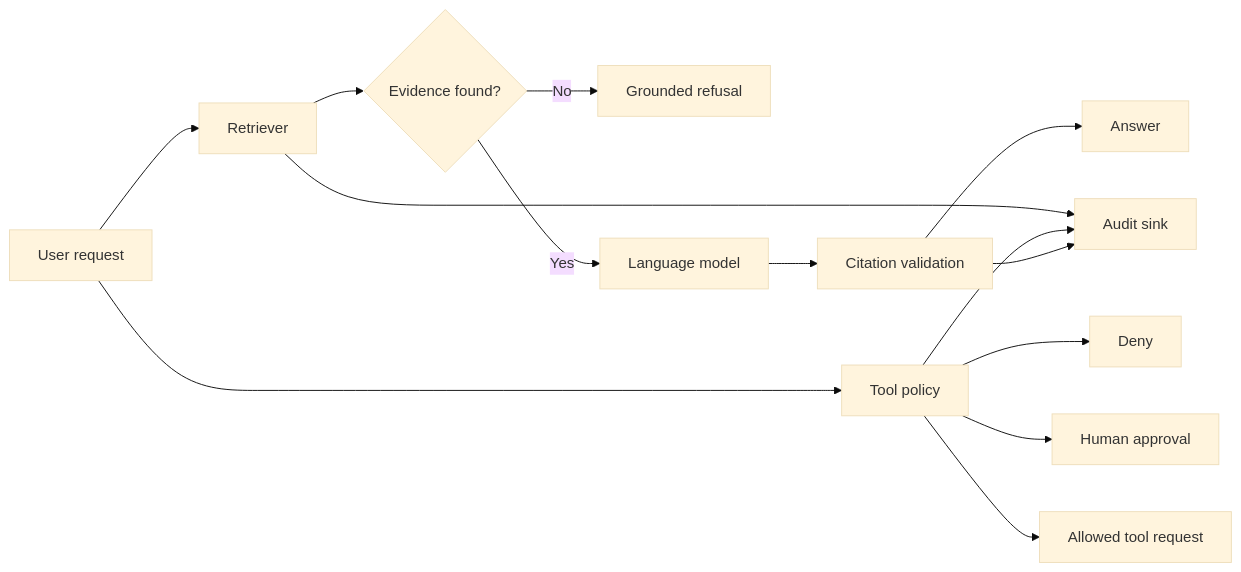
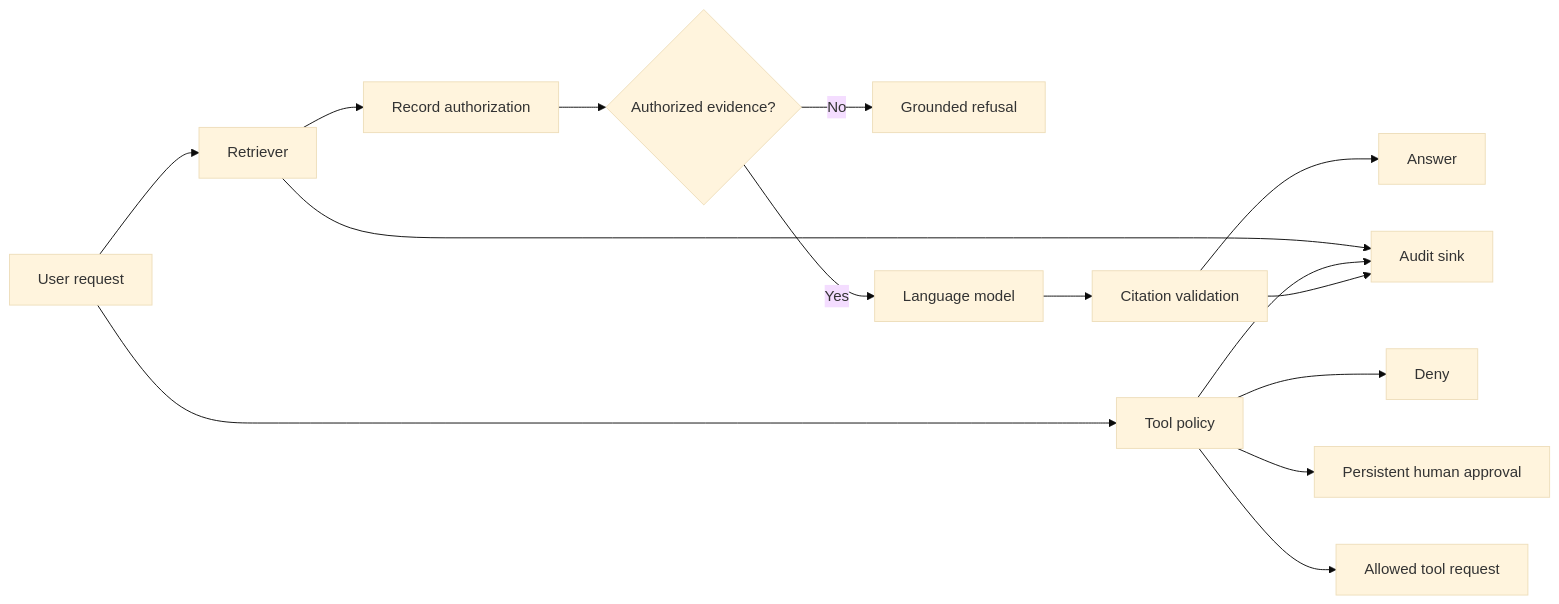
One commit to viames/governed-ai-agent-blueprint changed the diagram in README.md. Above: the diagram before and after it, drawn with Mermaid (base theme). The commit also changed other lines of this file and 13 other files, not shown here.

````diff
--- a/README.md
+++ b/README.md
@@ -27,16 +29,17 @@
 ```mermaid
 flowchart LR
     U[User request] --> R[Retriever]
-    R --> G{Evidence found?}
+    R --> Z[Record authorization]
+    Z --> G{Authorized evidence?}
     G -- No --> F[Grounded refusal]
     G -- Yes --> M[Language model]
     M --> C[Citation validation]
     C --> A[Answer]
     U --> P[Tool policy]
     P --> D[Deny]
-    P --> H[Human approval]
+    P --> H[Persistent human approval]
     P --> T[Allowed tool request]
     R --> E[Audit sink]
     P --> E
     C --> E
 ```
````
